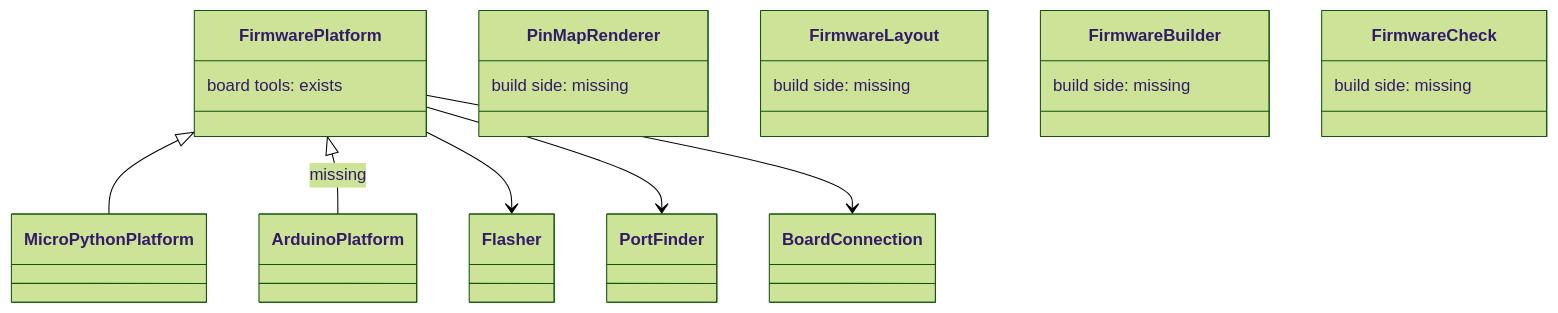
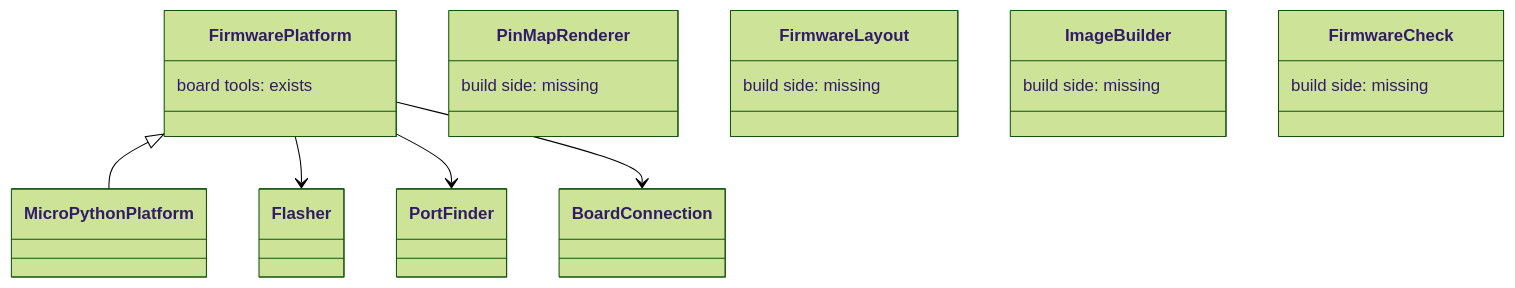
Before and after one commit to xmejkal/spark: the diagram in docs/discovery/2026-11-02-p528-platforms/notes.md, drawn with Mermaid (forest theme). The commit also changed other lines of this file, not shown here.

First line of the commit message:
P528: the notes measure today's code against the approved four-platform plan, not a new step list

````diff
--- a/docs/discovery/2026-11-02-p528-platforms/notes.md
+++ b/docs/discovery/2026-11-02-p528-platforms/notes.md
@@ -35,13 +35,12 @@
 ```mermaid
 classDiagram
   class FirmwarePlatform { board tools: exists }
   FirmwarePlatform <|-- MicroPythonPlatform
-  FirmwarePlatform <|-- ArduinoPlatform : missing
   FirmwarePlatform --> Flasher
   FirmwarePlatform --> PortFinder
   FirmwarePlatform --> BoardConnection
   class PinMapRenderer { build side: missing }
   class FirmwareLayout { build side: missing }
-  class FirmwareBuilder { build side: missing }
+  class ImageBuilder { build side: missing }
   class FirmwareCheck { build side: missing }
 ```
````
